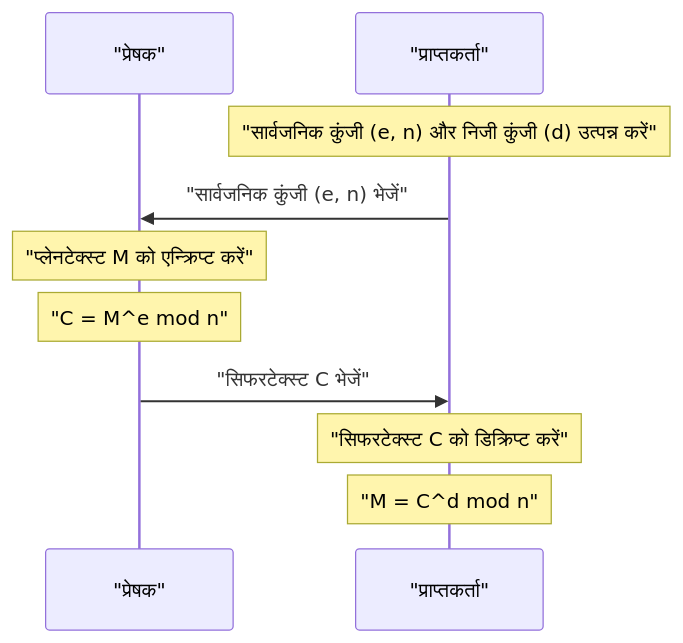
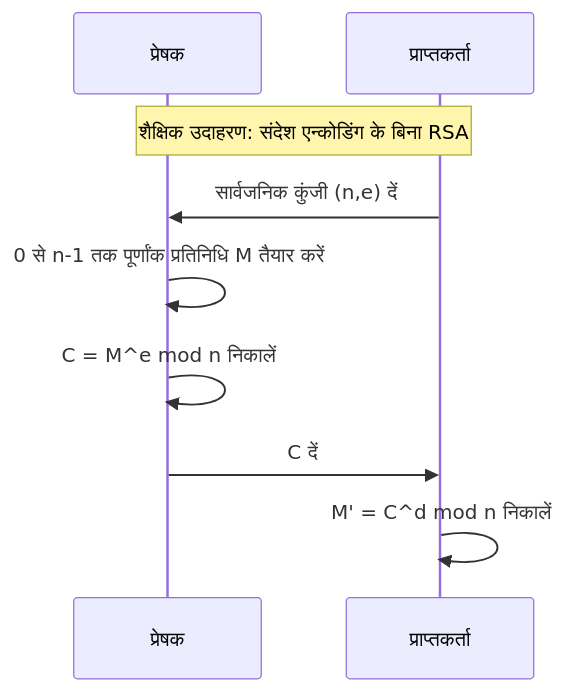
The second of 2 diagrams in content/post/fermats-little-theorem/index.hi.md (kenjinote/blog), drawn with Mermaid before and after one commit. The commit also changed other lines of this file and 5 other files, not shown here.

````diff
--- a/content/post/fermats-little-theorem/index.hi.md
+++ b/content/post/fermats-little-theorem/index.hi.md
@@ -101,12 +79,11 @@
 ```mermaid
 sequenceDiagram
-    participant Sender as "प्रेषक"
-    participant Receiver as "प्राप्तकर्ता"
-    Note over Receiver: "सार्वजनिक कुंजी (e, n) और निजी कुंजी (d) उत्पन्न करें"
-    Receiver->>Sender: "सार्वजनिक कुंजी (e, n) भेजें"
-    Note over Sender: "प्लेनटेक्स्ट M को एन्क्रिप्ट करें"
-    Note over Sender: "C = M^e mod n"
-    Sender->>Receiver: "सिफरटेक्स्ट C भेजें"
-    Note over Receiver: "सिफरटेक्स्ट C को डिक्रिप्ट करें"
-    Note over Receiver: "M = C^d mod n"
+    participant Sender as प्रेषक
+    participant Receiver as प्राप्तकर्ता
+    Note over Sender,Receiver: शैक्षिक उदाहरण: संदेश एन्कोडिंग के बिना RSA
+    Receiver->>Sender: सार्वजनिक कुंजी (n,e) दें
+    Sender->>Sender: 0 से n-1 तक पूर्णांक प्रतिनिधि M तैयार करें
+    Sender->>Sender: C = M^e mod n निकालें
+    Sender->>Receiver: C दें
+    Receiver->>Receiver: M' = C^d mod n निकालें
 ```
````
